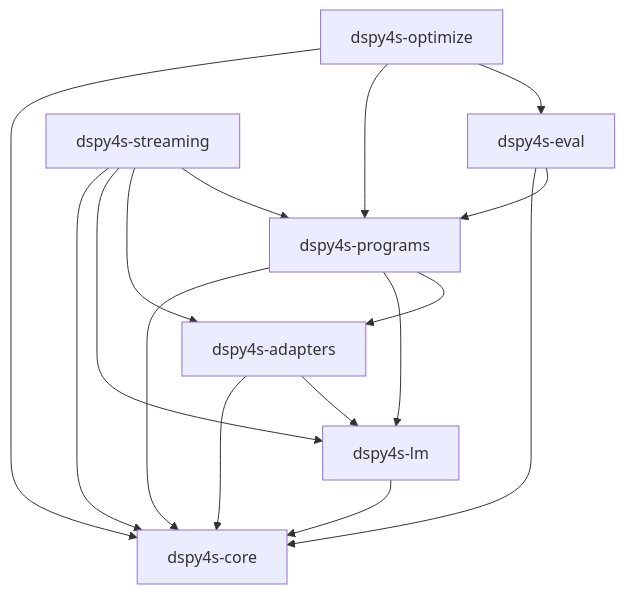
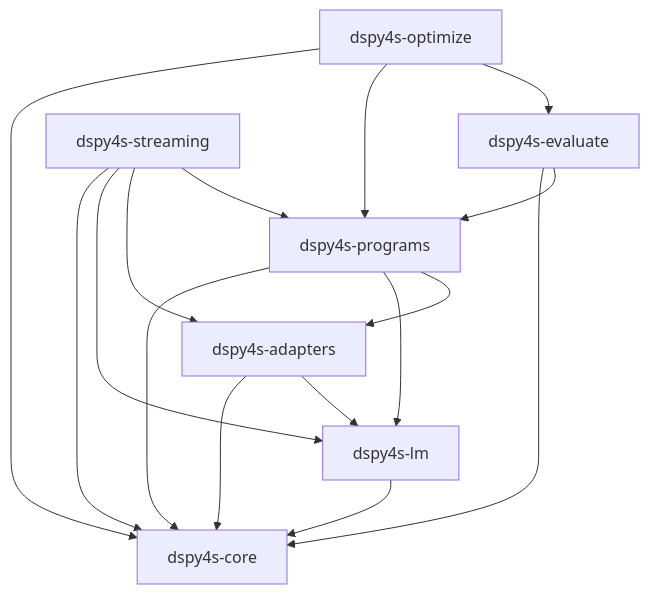
One commit to jpablo/dspy4s changed the diagram in docs/ARCHITECTURE.md. Above: the diagram before and after it, drawn with Mermaid. The commit also changed other lines of this file and 21 other files, not shown here.

First line of the commit message:
refactor: rename eval module to evaluate to match Python DSPy

````diff
--- a/docs/ARCHITECTURE.md
+++ b/docs/ARCHITECTURE.md
@@ -4,26 +4,26 @@
 ```mermaid
 graph TD
   core[dspy4s-core]
   lm[dspy4s-lm]
   adapters[dspy4s-adapters]
   programs[dspy4s-programs]
-  eval[dspy4s-eval]
+  evaluate[dspy4s-evaluate]
   optimize[dspy4s-optimize]
   streaming[dspy4s-streaming]
 
   lm --> core
   adapters --> core
   adapters --> lm
   programs --> core
   programs --> lm
   programs --> adapters
-  eval --> core
-  eval --> programs
+  evaluate --> core
+  evaluate --> programs
   optimize --> core
   optimize --> programs
-  optimize --> eval
+  optimize --> evaluate
   streaming --> core
   streaming --> lm
   streaming --> adapters
   streaming --> programs
 ```
````
